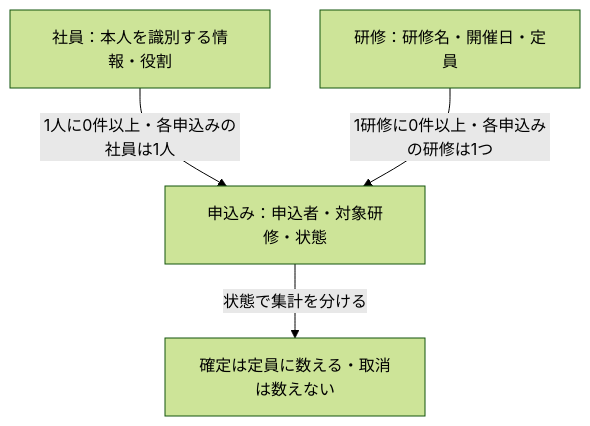
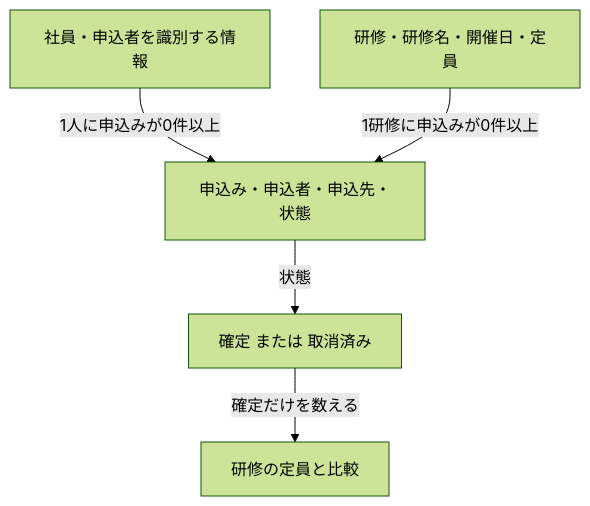
Before and after one commit to yukihito-jokyu/context: the diagram in docs/artifacts/skills/write-basic-design-document/out/diagrams/d-05-data.mmd, drawn with Mermaid (forest theme). The commit also changed 22 other files, not shown here.

```diff
--- a/docs/artifacts/skills/write-basic-design-document/out/diagrams/d-05-data.mmd
+++ b/docs/artifacts/skills/write-basic-design-document/out/diagrams/d-05-data.mmd
@@ -1,4 +1,5 @@
 flowchart TD
-  employee["社員：本人を識別する情報・役割"] -->|"1人に0件以上・各申込みの社員は1人"| application["申込み：申込者・対象研修・状態"]
-  training["研修：研修名・開催日・定員"] -->|"1研修に0件以上・各申込みの研修は1つ"| application
-  application -->|"状態で集計を分ける"| status["確定は定員に数える・取消は数えない"]
+  employee["社員・申込者を識別する情報"] -->|"1人に申込みが0件以上"| application["申込み・申込者・申込先・状態"]
+  training["研修・研修名・開催日・定員"] -->|"1研修に申込みが0件以上"| application
+  application -->|"状態"| status["確定 または 取消済み"]
+  status -->|"確定だけを数える"| capacity["研修の定員と比較"]
```
